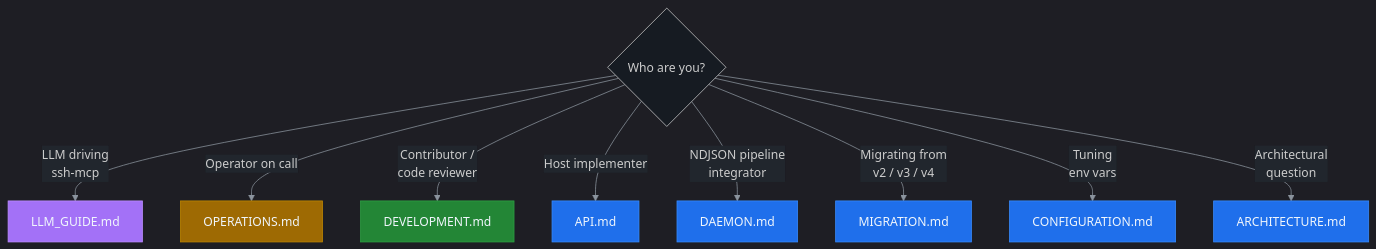
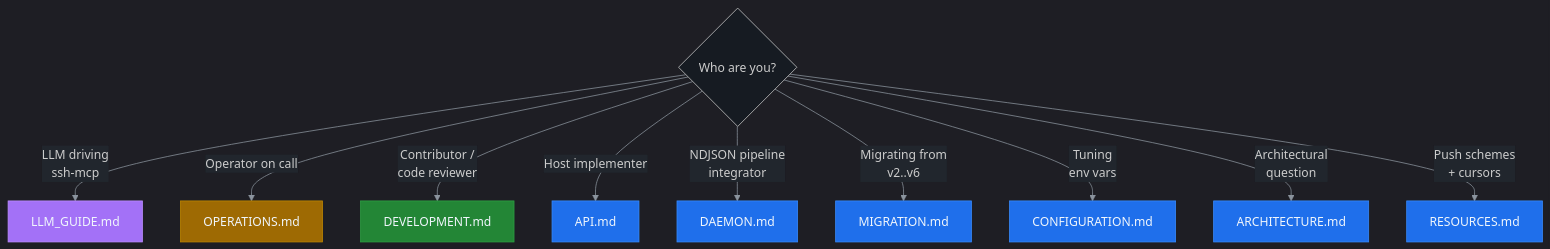
The diagram in docs/README.md (farchanjo/ssh-mcp), drawn with Mermaid before and after one commit. The commit also changed other lines of this file and 9 other files, not shown here.

````diff
--- a/docs/README.md
+++ b/docs/README.md
@@ -5,22 +5,24 @@
 ```mermaid
 %%{init: {'theme':'dark','themeVariables':{'primaryColor':'#1f6feb','primaryTextColor':'#f0f6fc','primaryBorderColor':'#388bfd','lineColor':'#8b949e','secondaryColor':'#161b22','tertiaryColor':'#21262d','background':'#0d1117','mainBkg':'#161b22','secondBkg':'#21262d','tertiaryBkg':'#0d1117','nodeTextColor':'#f0f6fc','edgeLabelBackground':'#21262d','clusterBkg':'#161b22','clusterBorder':'#30363d','titleColor':'#f0f6fc'}}}%%
 flowchart TD
     Q{"Who are you?"}
     Q -->|"LLM driving<br/>ssh-mcp"| LLM["LLM_GUIDE.md"]
     Q -->|"Operator on call"| OPS["OPERATIONS.md"]
     Q -->|"Contributor /<br/>code reviewer"| DEV["DEVELOPMENT.md"]
     Q -->|"Host implementer"| API["API.md"]
     Q -->|"NDJSON pipeline<br/>integrator"| DAEM["DAEMON.md"]
-    Q -->|"Migrating from<br/>v2 / v3 / v4"| MIG["MIGRATION.md"]
+    Q -->|"Migrating from<br/>v2..v6"| MIG["MIGRATION.md"]
     Q -->|"Tuning<br/>env vars"| CFG["CONFIGURATION.md"]
     Q -->|"Architectural<br/>question"| ARCH["ARCHITECTURE.md"]
+    Q -->|"Push schemes<br/>+ cursors"| RES["RESOURCES.md"]
 
     style LLM fill:#a371f7,color:#f0f6fc,stroke:#bc8cff
     style OPS fill:#9e6a03,color:#f0f6fc,stroke:#bf8700
     style DEV fill:#238636,color:#f0f6fc,stroke:#2ea043
     style API fill:#1f6feb,color:#f0f6fc,stroke:#388bfd
     style DAEM fill:#1f6feb,color:#f0f6fc,stroke:#388bfd
     style MIG fill:#1f6feb,color:#f0f6fc,stroke:#388bfd
     style CFG fill:#1f6feb,color:#f0f6fc,stroke:#388bfd
     style ARCH fill:#1f6feb,color:#f0f6fc,stroke:#388bfd
+    style RES fill:#1f6feb,color:#f0f6fc,stroke:#388bfd
 ```
````
